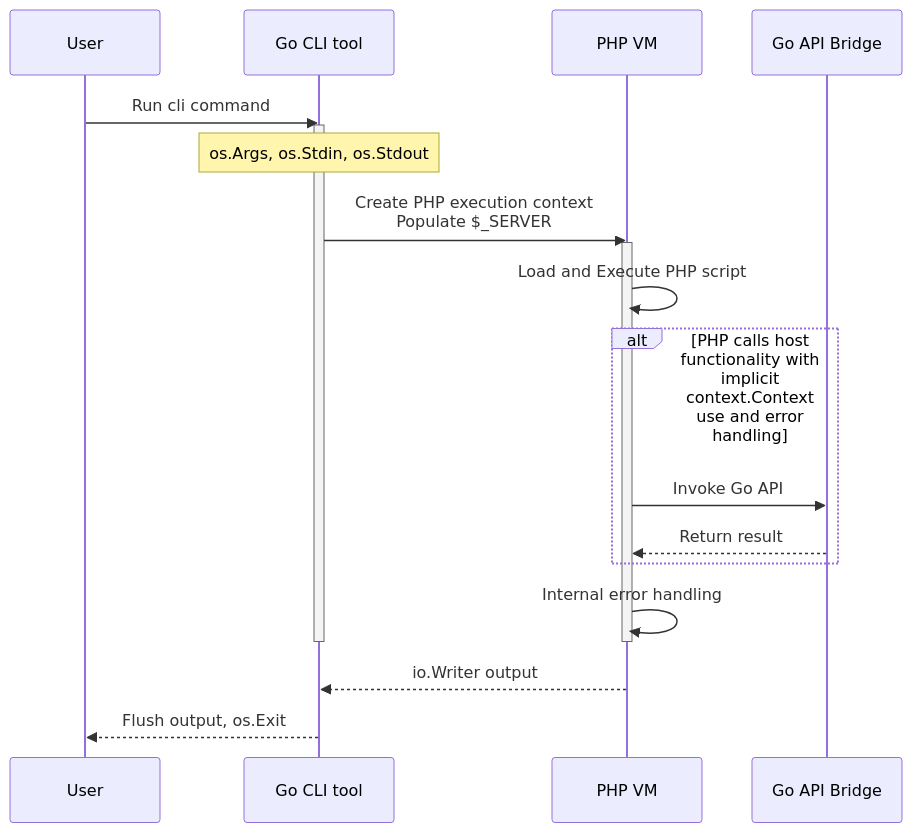
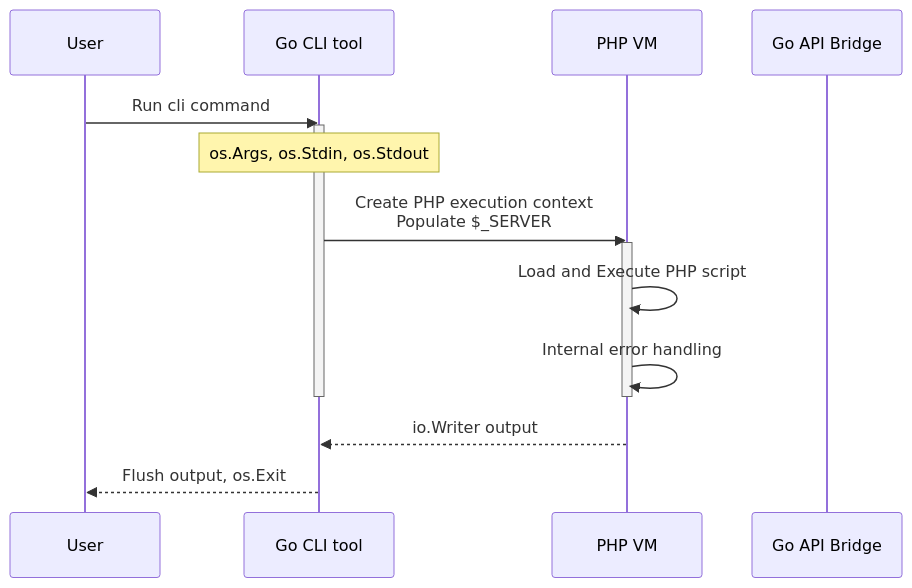
One commit to titpetric/phpscript changed the second of 2 diagrams in docs/README.md. Above: the diagram before and after it, drawn with Mermaid.

Commit message:
docs: simplify cli execution diagram, remove alt

````diff
--- a/docs/README.md
+++ b/docs/README.md
@@ -62,32 +62,27 @@
 ```mermaid
 sequenceDiagram
     participant U as User
     participant G as Go CLI tool
     participant VM as PHP VM
     participant API as Go API Bridge
 
     U->>G: Run cli command
 
     activate G
 
     Note over G: os.Args, os.Stdin, os.Stdout
 
     G->>VM: Create PHP execution context<br>Populate $_SERVER
 
     activate VM
 
     VM->>VM: Load and Execute PHP script
 
-    alt PHP calls host functionality with implicit context.Context use and error handling
-        VM->>API: Invoke Go API
-        API-->>VM: Return result
-    end
-
     VM->>VM: Internal error handling
 
     deactivate VM
     deactivate G
 
     VM-->>G: io.Writer output
     G-->>U: Flush output, os.Exit
 ```
````
